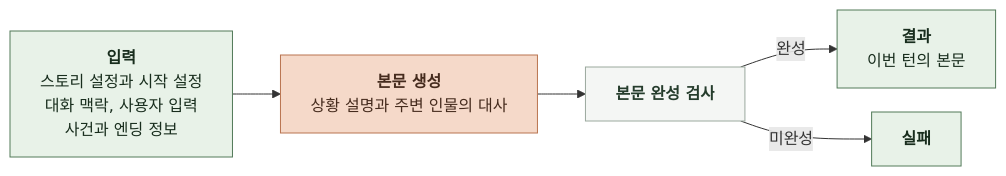
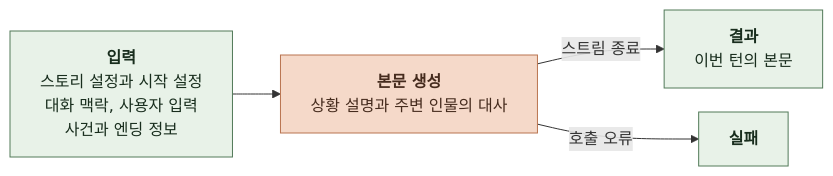
Before and after one commit to KIM-N-KANG/knk-harness: the first of 5 diagrams in docs/AI/CHAT/4-1-DESIGN-COGNITIVE-ARCHITECTURE.md, drawn with Mermaid. The commit also changed other lines of this file and 13 other files, not shown here.

````diff
--- a/docs/AI/CHAT/4-1-DESIGN-COGNITIVE-ARCHITECTURE.md
+++ b/docs/AI/CHAT/4-1-DESIGN-COGNITIVE-ARCHITECTURE.md
@@ -13,14 +13,12 @@
 ```mermaid
 %%{init: {"flowchart": {"curve": "basis", "htmlLabels": true, "nodeSpacing": 24, "rankSpacing": 48}}}%%
 flowchart LR
     A["<b>입력</b><br/>스토리 설정과 시작 설정<br/>대화 맥락, 사용자 입력<br/>사건과 엔딩 정보"] --> B["<b>본문 생성</b><br/>상황 설명과 주변 인물의 대사"]
-    B --> C["<b>본문 완성 검사</b>"]
-    C -->|완성| D["<b>결과</b><br/>이번 턴의 본문"]
-    C -->|미완성| E["<b>실패</b>"]
+    B -->|스트림 종료| D["<b>결과</b><br/>이번 턴의 본문"]
+    B -->|호출 오류| E["<b>실패</b>"]
     classDef data fill:#E8F2E8,stroke:#527A59,color:#182D1D
     classDef task fill:#F5D9C9,stroke:#B97450,color:#452B1D
     classDef check fill:#F4F6F4,stroke:#9BA99E,color:#253C2C
     class A,D,E data
     class B task
-    class C check
 ```
````
